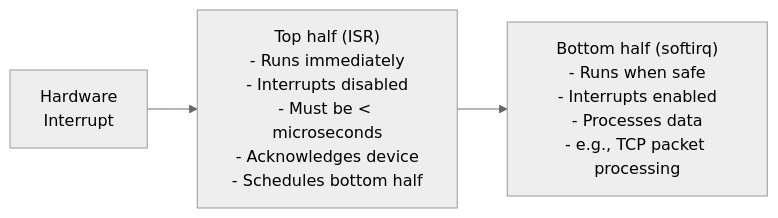
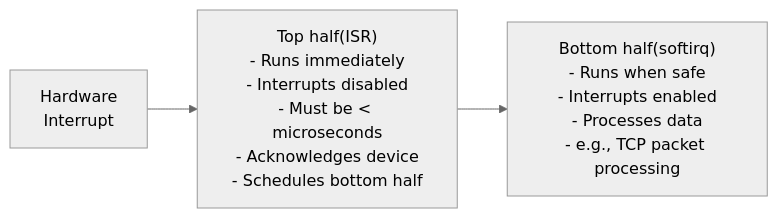
Before and after one commit to pploc/swe-icon-the-moment: the diagram in content/questions/fundamentals/linux-interrupts.md, drawn with Mermaid (neutral theme). The commit also changed 138 other files, not shown here.

````diff
--- a/content/questions/fundamentals/linux-interrupts.md
+++ b/content/questions/fundamentals/linux-interrupts.md
@@ -22,5 +22,7 @@
 ```mermaid
 flowchart LR
-    HW[Hardware\nInterrupt] --> TH["Top half (ISR)\n- Runs immediately\n- Interrupts disabled\n- Must be < microseconds\n- Acknowledges device\n- Schedules bottom half"]
-    TH --> BH["Bottom half (softirq)\n- Runs when safe\n- Interrupts enabled\n- Processes data\n- e.g., TCP packet processing"]
+    HW["Hardware\nInterrupt"] --> TH["Top half(ISR)\n- Runs immediately\n- Interrupts disabled\n- Must be < microseconds\n- Acknowledges device\n- Schedules bottom half"]
+    TH --> BH["Bottom half(softirq)\n- Runs when safe\n- Interrupts enabled\n- Processes data\n- e.g., TCP packet processing"]
+
+
 ```
````
